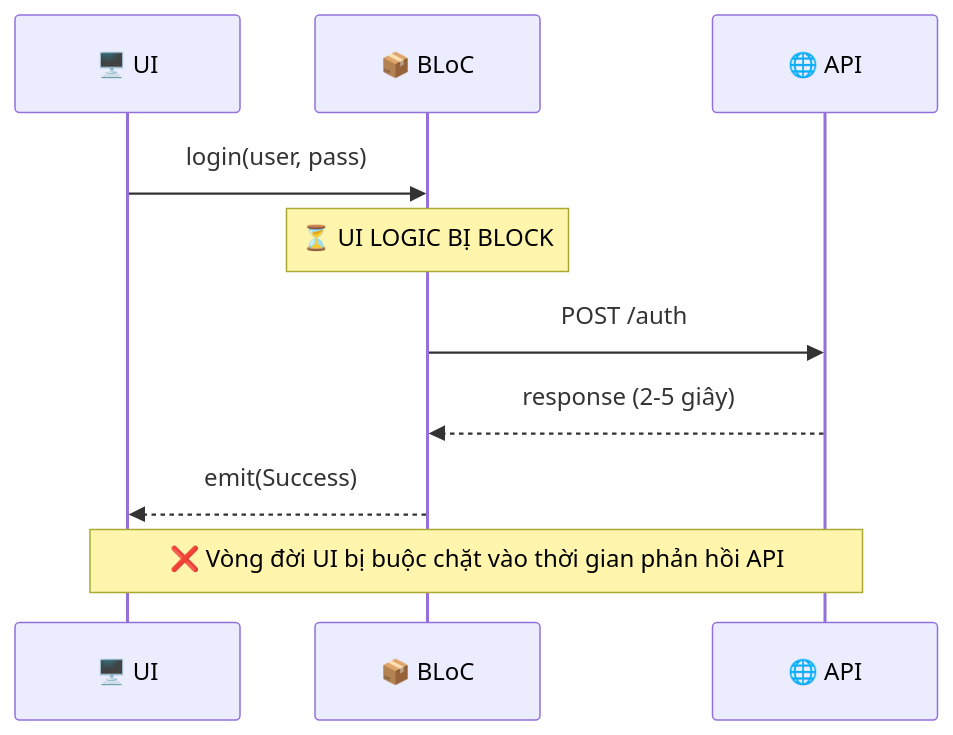
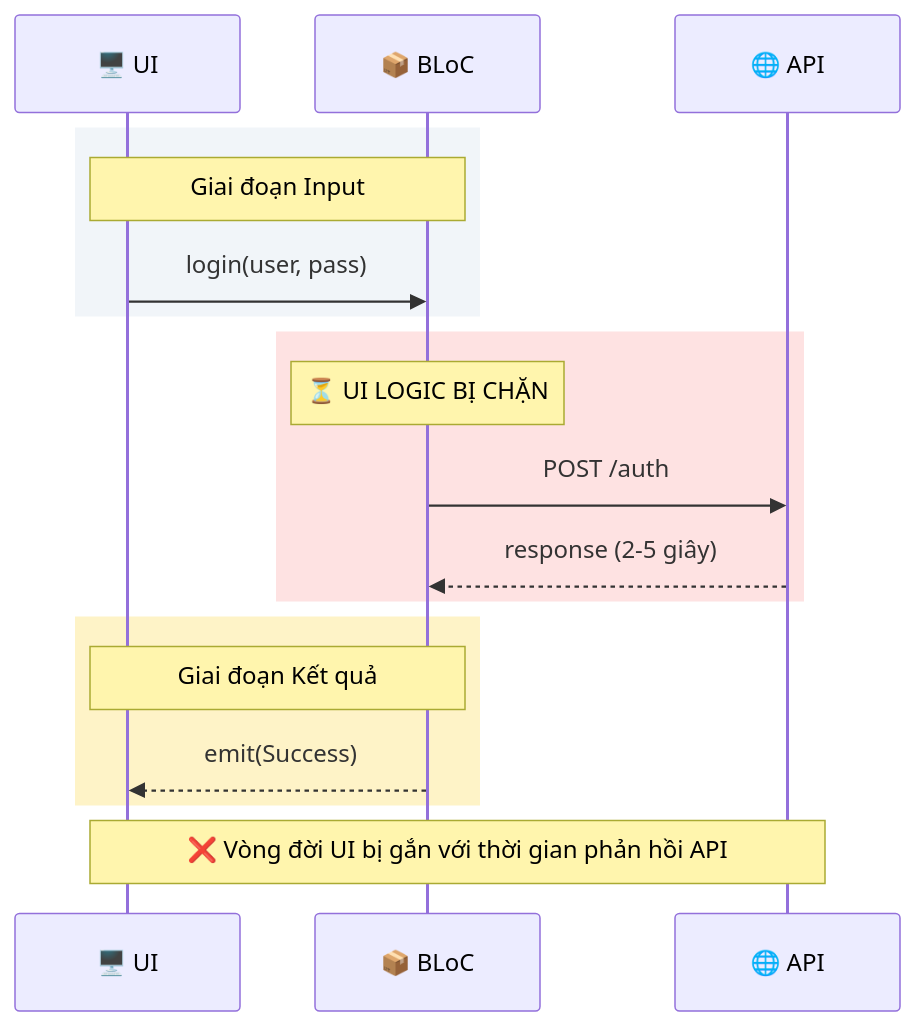
The second of 6 diagrams in book/vi/chapters/01_the_pain.md (lploc94/flutter_orchestrator), drawn with Mermaid before and after one commit. The commit also changed other lines of this file and 3 other files, not shown here.

````diff
--- a/book/vi/chapters/01_the_pain.md
+++ b/book/vi/chapters/01_the_pain.md
@@ -49,14 +57,24 @@
 ```mermaid
 sequenceDiagram
     participant UI as 🖥️ UI
     participant BLoC as 📦 BLoC
     participant API as 🌐 API
     
-    UI->>BLoC: login(user, pass)
-    Note over BLoC: ⏳ UI LOGIC BỊ BLOCK
-    BLoC->>API: POST /auth
-    API-->>BLoC: response (2-5 giây)
-    BLoC-->>UI: emit(Success)
+    rect rgb(241, 245, 249)
+        Note over UI,BLoC: Giai đoạn Input
+        UI->>BLoC: login(user, pass)
+    end
     
-    Note over UI,API: ❌ Vòng đời UI bị buộc chặt vào thời gian phản hồi API
+    rect rgb(254, 226, 226)
+        Note over BLoC: ⏳ UI LOGIC BỊ CHẶN
+        BLoC->>API: POST /auth
+        API-->>BLoC: response (2-5 giây)
+    end
+    
+    rect rgb(254, 243, 199)
+        Note over BLoC,UI: Giai đoạn Kết quả
+        BLoC-->>UI: emit(Success)
+    end
+    
+    Note over UI,API: ❌ Vòng đời UI bị gắn với thời gian phản hồi API
 ```
````
